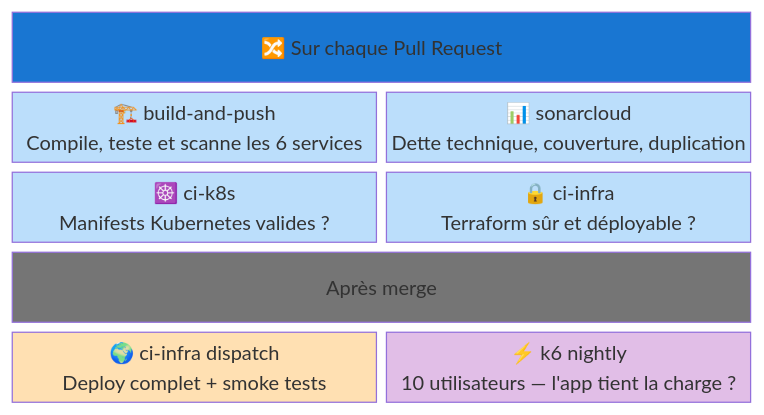
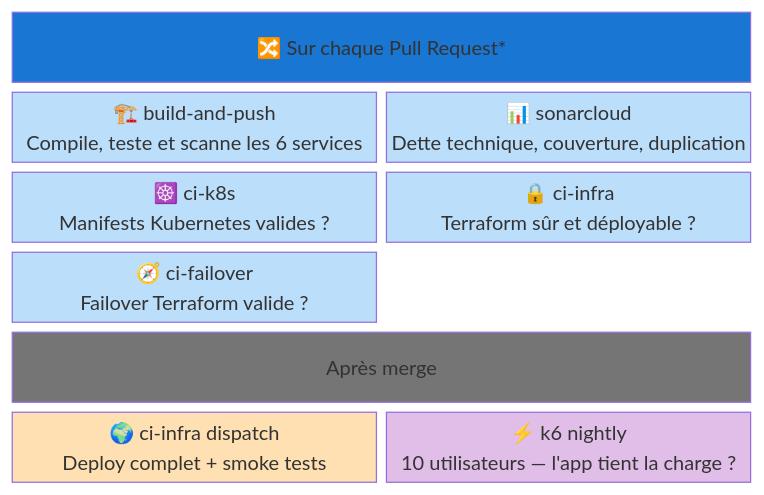
Before and after one commit to ClementV78/CloudRadar: the fifth of 7 diagrams in docs/testing-overview.md, drawn with Mermaid. The commit also changed other lines of this file and 27 other files, not shown here.

````diff
--- a/docs/testing-overview.md
+++ b/docs/testing-overview.md
@@ -211,23 +211,27 @@
 ```mermaid
 block-beta
   columns 2
 
-  PR["🔀 Sur chaque Pull Request"]:2
+  PR["🔀 Sur chaque Pull Request*"]:2
   BAP["🏗️ build-and-push<br>Compile, teste et scanne les 6 services"]:1
   SQG["📊 sonarcloud<br>Dette technique, couverture, duplication"]:1
   CIK["☸️ ci-k8s<br>Manifests Kubernetes valides ?"]:1
   CII["🔒 ci-infra<br>Terraform sûr et déployable ?"]:1
+  CIF["🧭 ci-failover<br>Failover Terraform valide ?"]:1
+  PR_SPACER[" "]:1
 
   POST["Après merge"]:2
   CIID["🌍 ci-infra dispatch<br>Deploy complet + smoke tests"]:1
   K6["⚡ k6 nightly<br>10 utilisateurs — l'app tient la charge ?"]:1
 
   style PR fill:#1976d2,color:#fff
   style BAP fill:#bbdefb,color:#000
   style SQG fill:#bbdefb,color:#000
   style CIK fill:#bbdefb,color:#000
   style CII fill:#bbdefb,color:#000
+  style CIF fill:#bbdefb,color:#000
+  style PR_SPACER fill:transparent,stroke:transparent,color:transparent
   style POST fill:#757575,color:#fff
   style CIID fill:#ffe0b2,color:#000
   style K6 fill:#e1bee7,color:#000
 ```
````
